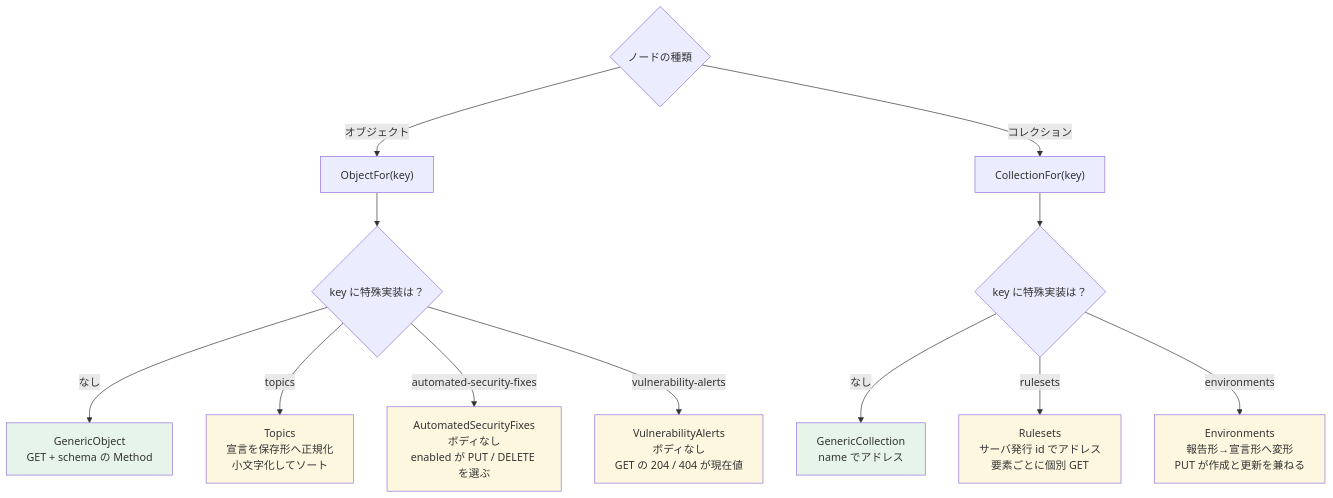
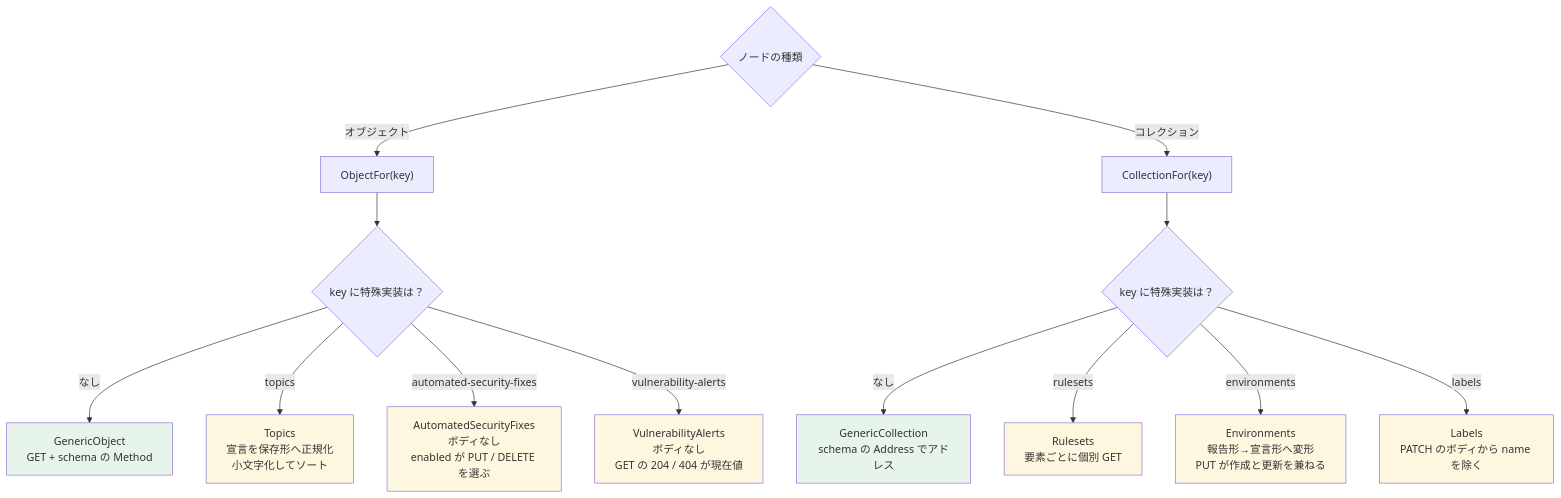
Before and after one commit to kota65535/ghs: the fourth of 5 diagrams in docs/architecture.md, drawn with Mermaid. The commit also changed other lines of this file and 27 other files, not shown here.

````diff
--- a/docs/architecture.md
+++ b/docs/architecture.md
@@ -112,24 +112,26 @@
 ```mermaid
 graph TD
     Q{"ノードの種類"}
     Q -->|オブジェクト| O["ObjectFor(key)"]
     Q -->|コレクション| CO["CollectionFor(key)"]
 
     O --> OG0{"key に特殊実装は？"}
     OG0 -->|なし| OG["GenericObject<br/>GET + schema の Method"]
     OG0 -->|topics| TP["Topics<br/>宣言を保存形へ正規化<br/>小文字化してソート"]
     OG0 -->|automated-security-fixes| SF["AutomatedSecurityFixes<br/>ボディなし<br/>enabled が PUT / DELETE を選ぶ"]
     OG0 -->|vulnerability-alerts| VA["VulnerabilityAlerts<br/>ボディなし<br/>GET の 204 / 404 が現在値"]
     CO --> CG{"key に特殊実装は？"}
-    CG -->|なし| GC["GenericCollection<br/>name でアドレス"]
-    CG -->|rulesets| RS["Rulesets<br/>サーバ発行 id でアドレス<br/>要素ごとに個別 GET"]
+    CG -->|なし| GC["GenericCollection<br/>schema の Address でアドレス"]
+    CG -->|rulesets| RS["Rulesets<br/>要素ごとに個別 GET"]
     CG -->|environments| EN["Environments<br/>報告形→宣言形へ変形<br/>PUT が作成と更新を兼ねる"]
+    CG -->|labels| LB["Labels<br/>PATCH のボディから name を除く"]
 
     style OG fill:#e6f4ea
     style GC fill:#e6f4ea
     style TP fill:#fef7e0
     style SF fill:#fef7e0
     style VA fill:#fef7e0
     style RS fill:#fef7e0
     style EN fill:#fef7e0
+    style LB fill:#fef7e0
 ```
````
